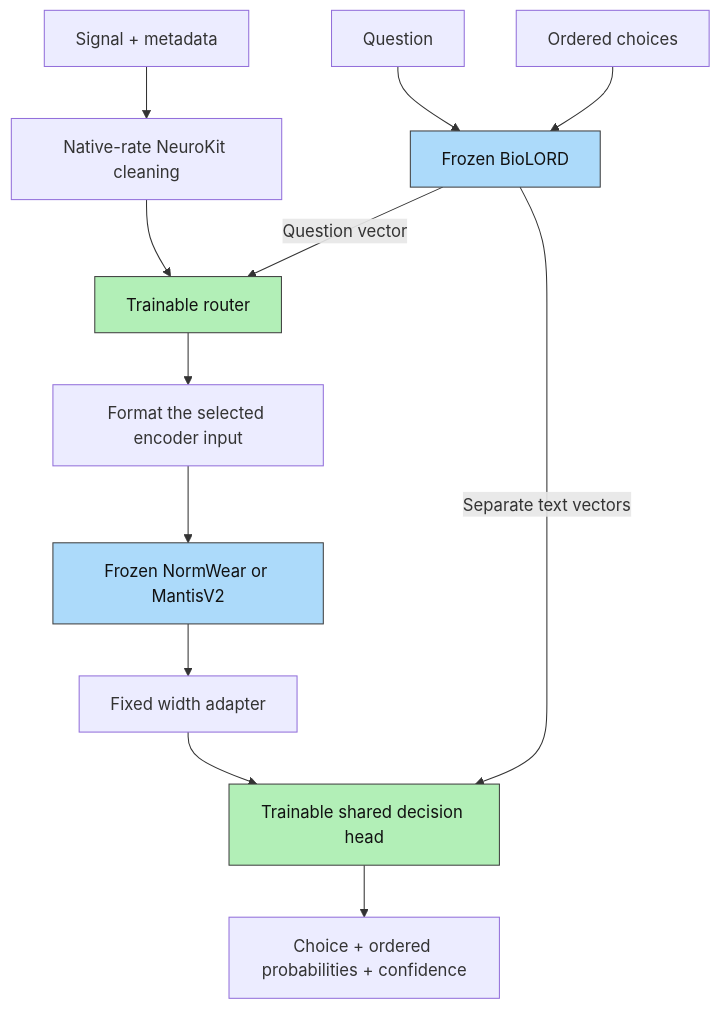
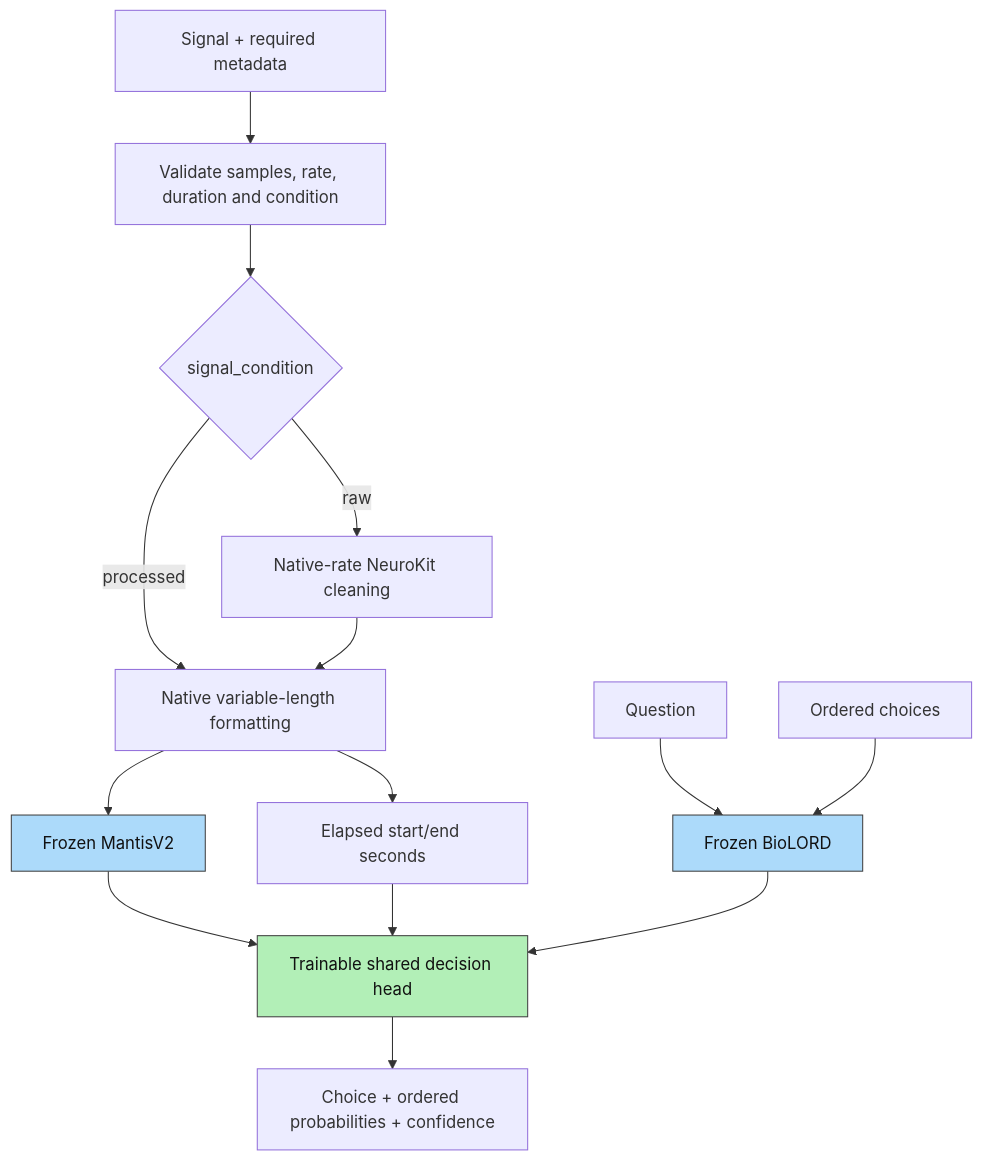
Before and after one commit to yeabwang/paya: the diagram in docs/architecture-fix.md, drawn with Mermaid. The commit also changed other lines of this file and 34 other files, not shown here.

Commit message:
router removal, native signal processing

````diff
--- a/docs/architecture-fix.md
+++ b/docs/architecture-fix.md
@@ -5,18 +5,20 @@
 ```mermaid
 flowchart TD
-    S[Signal + metadata] --> P[Native-rate NeuroKit cleaning]
-    P --> R[Trainable router]
+    S[Signal + required metadata] --> V[Validate samples, rate, duration and condition]
+    V --> C{signal_condition}
+    C -->|raw| N[Native-rate NeuroKit cleaning]
+    C -->|processed| F[Native variable-length formatting]
+    N --> F
+    F --> E[Frozen MantisV2]
+    F --> I[Elapsed start/end seconds]
+    E --> H[Trainable shared decision head]
+    I --> H
     Q[Question] --> T[Frozen BioLORD]
-    C[Ordered choices] --> T
-    T -->|Question vector| R
-    R --> F[Format the selected encoder input]
-    F --> E[Frozen NormWear or MantisV2]
-    E --> A[Fixed width adapter]
-    A --> H[Trainable shared decision head]
-    T -->|Separate text vectors| H
+    A[Ordered choices] --> T
+    T --> H
     H --> O[Choice + ordered probabilities + confidence]
     classDef frozen fill:#acdafa,stroke:#404040,color:#111;
     classDef trainable fill:#b2efb7,stroke:#404040,color:#111;
-    class T,E frozen;
-    class R,H trainable;
+    class E,T frozen;
+    class H trainable;
 ```
````
